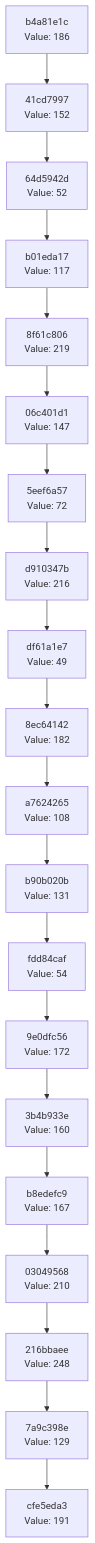
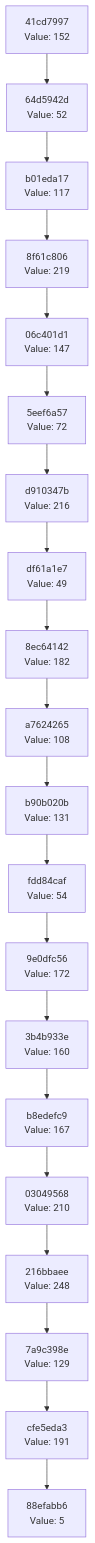
Before and after one commit to Abhisheksinha1506/hash-chain-evolver: the diagram in docs/CHAIN_VISUALIZATION.md, drawn with Mermaid. The commit also changed 1 other file, not shown here.

Commit message:
Evolution step: hash 0x05 → action executed

````diff
--- a/docs/CHAIN_VISUALIZATION.md
+++ b/docs/CHAIN_VISUALIZATION.md
@@ -3,42 +3,42 @@
 ```mermaid
 graph TD
-    C0["cfe5eda3<br/>Value: 191"]
-    C1["7a9c398e<br/>Value: 129"]
+    C0["88efabb6<br/>Value: 5"]
+    C1["cfe5eda3<br/>Value: 191"]
     C1 --> C0
-    C2["216bbaee<br/>Value: 248"]
+    C2["7a9c398e<br/>Value: 129"]
     C2 --> C1
-    C3["03049568<br/>Value: 210"]
+    C3["216bbaee<br/>Value: 248"]
     C3 --> C2
-    C4["b8edefc9<br/>Value: 167"]
+    C4["03049568<br/>Value: 210"]
     C4 --> C3
-    C5["3b4b933e<br/>Value: 160"]
+    C5["b8edefc9<br/>Value: 167"]
     C5 --> C4
-    C6["9e0dfc56<br/>Value: 172"]
+    C6["3b4b933e<br/>Value: 160"]
     C6 --> C5
-    C7["fdd84caf<br/>Value: 54"]
+    C7["9e0dfc56<br/>Value: 172"]
     C7 --> C6
-    C8["b90b020b<br/>Value: 131"]
+    C8["fdd84caf<br/>Value: 54"]
     C8 --> C7
-    C9["a7624265<br/>Value: 108"]
+    C9["b90b020b<br/>Value: 131"]
     C9 --> C8
-    C10["8ec64142<br/>Value: 182"]
+    C10["a7624265<br/>Value: 108"]
     C10 --> C9
-    C11["df61a1e7<br/>Value: 49"]
+    C11["8ec64142<br/>Value: 182"]
     C11 --> C10
-    C12["d910347b<br/>Value: 216"]
+    C12["df61a1e7<br/>Value: 49"]
     C12 --> C11
-    C13["5eef6a57<br/>Value: 72"]
+    C13["d910347b<br/>Value: 216"]
     C13 --> C12
-    C14["06c401d1<br/>Value: 147"]
+    C14["5eef6a57<br/>Value: 72"]
     C14 --> C13
-    C15["8f61c806<br/>Value: 219"]
+    C15["06c401d1<br/>Value: 147"]
     C15 --> C14
-    C16["b01eda17<br/>Value: 117"]
+    C16["8f61c806<br/>Value: 219"]
     C16 --> C15
-    C17["64d5942d<br/>Value: 52"]
+    C17["b01eda17<br/>Value: 117"]
     C17 --> C16
-    C18["41cd7997<br/>Value: 152"]
+    C18["64d5942d<br/>Value: 52"]
     C18 --> C17
-    C19["b4a81e1c<br/>Value: 186"]
+    C19["41cd7997<br/>Value: 152"]
     C19 --> C18
 ```
````
